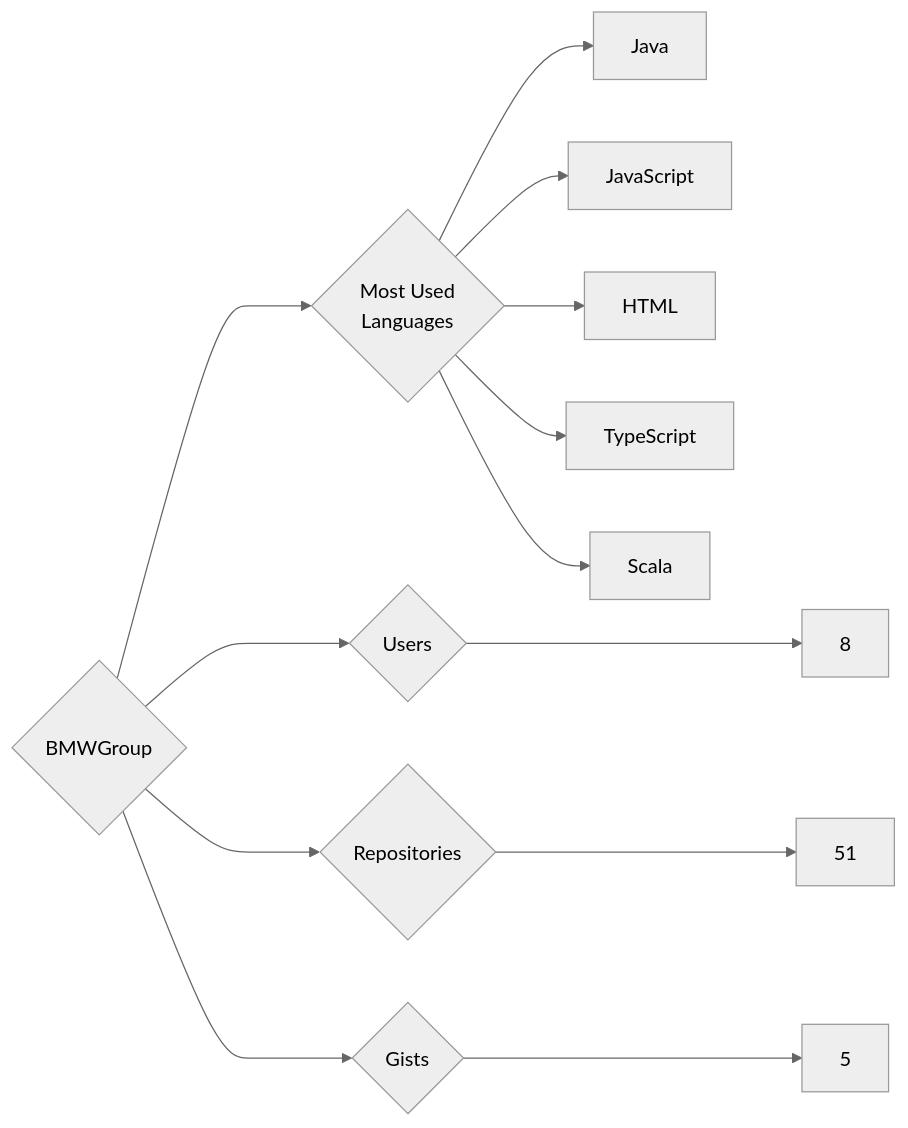
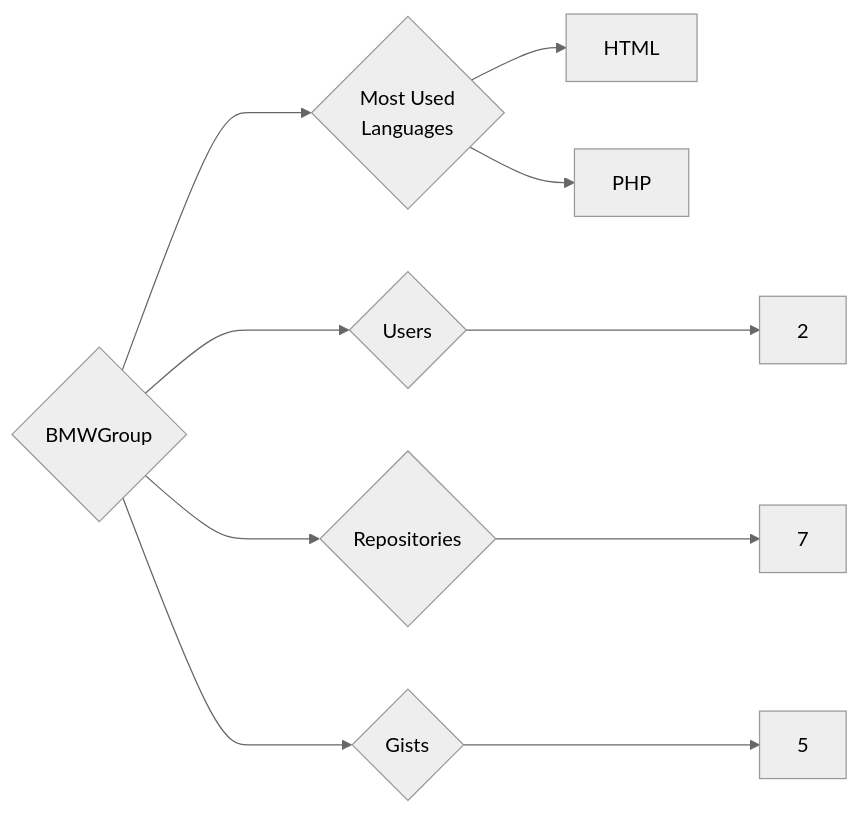
Before and after one commit to trickest/insiders: the diagram in targets/BMWGroup/README.md, drawn with Mermaid (neutral theme). The commit also changed 1084 other files, not shown here.

````diff
--- a/targets/BMWGroup/README.md
+++ b/targets/BMWGroup/README.md
@@ -3,13 +3,10 @@
 ```mermaid
 graph LR
 COMPANY_NAME{BMWGroup}
-COMPANY_NAME ---> U{Users} ---> UN[8]
-COMPANY_NAME ---> R{Repositories} ---> RN[51]
+COMPANY_NAME ---> U{Users} ---> UN[2]
+COMPANY_NAME ---> R{Repositories} ---> RN[7]
 COMPANY_NAME ---> G{Gists} ---> GN[5]
 COMPANY_NAME ---> ML{Most Used<br>Languages}
-ML --> Java[Java]
-ML --> JavaScript[JavaScript]
 ML --> HTML[HTML]
-ML --> TypeScript[TypeScript]
-ML --> Scala[Scala]
+ML --> PHP[PHP]
 ```
````
